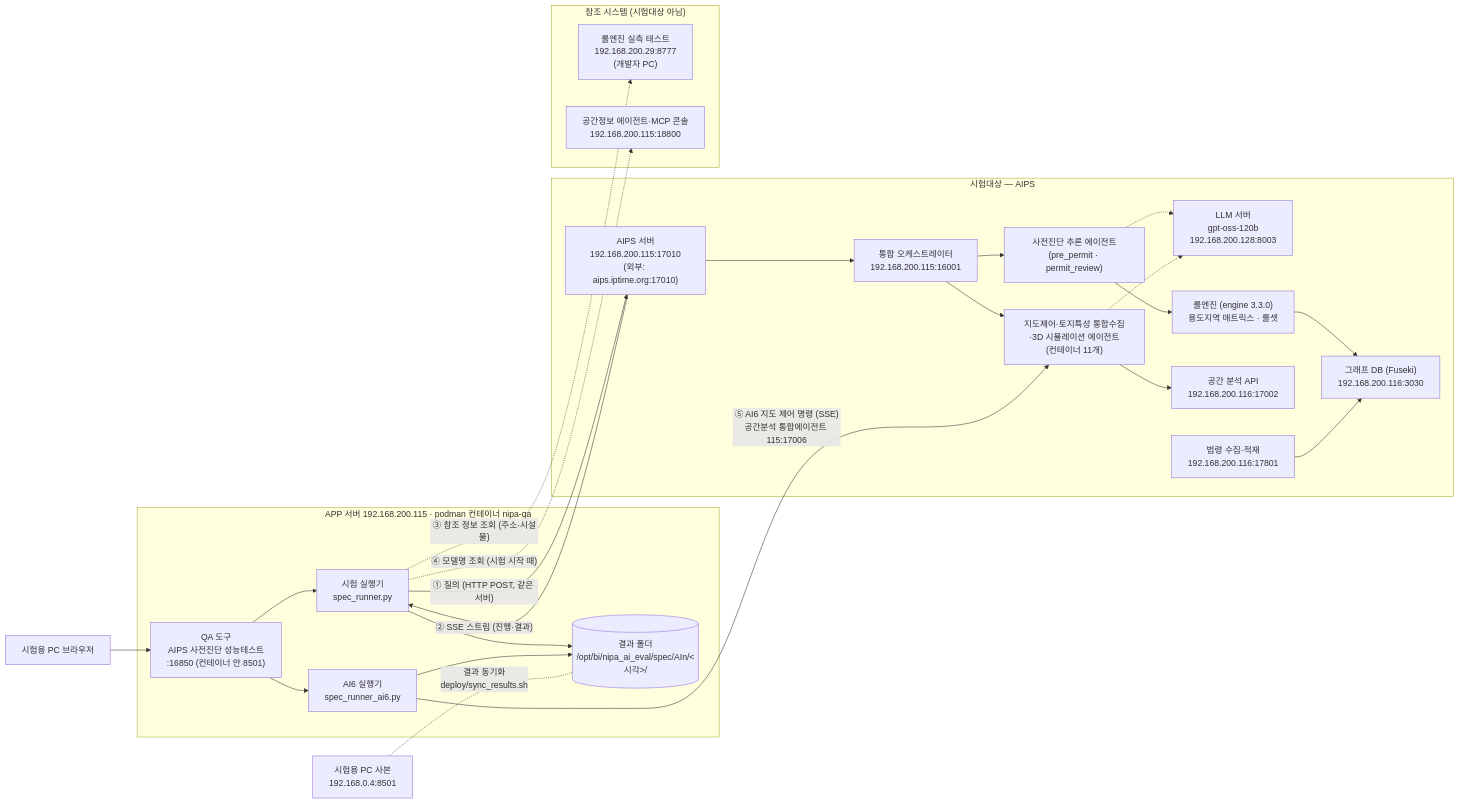
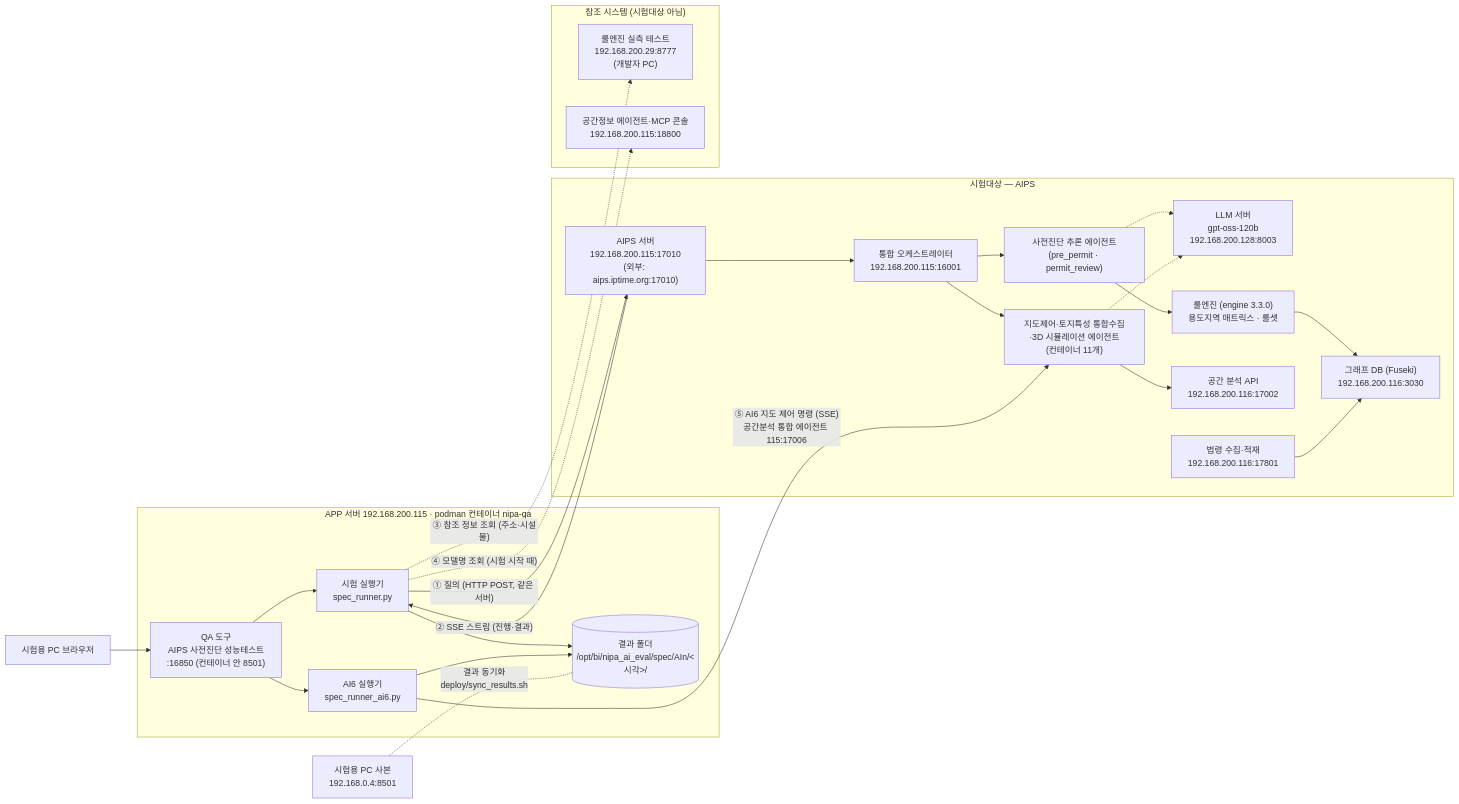
The first of 2 diagrams in 시스템_아키텍처.md (eunkyeoung/nipa_ai_eval), drawn with Mermaid before and after one commit. The commit also changed other lines of this file and 10 other files, not shown here.

Commit message:
명칭 기준을 수행계획서 2026-10-21 판 16쪽 구성표로: 공간분석 통합 에이전트(공통 기능 포함)·공간규제분석 모듈 등(130절)

````diff
--- a/시스템_아키텍처.md
+++ b/시스템_아키텍처.md
@@ -18,44 +18,44 @@
 ```mermaid
 flowchart LR
     BR["시험용 PC 브라우저"] --> APP
     subgraph QA["APP 서버 192.168.200.115 · podman 컨테이너 nipa-qa"]
         APP["QA 도구<br/>AIPS 사전진단 성능테스트<br/>:16850 (컨테이너 안 8501)"]
         APP --> RUN["시험 실행기<br/>spec_runner.py"]
         APP --> RUN6["AI6 실행기<br/>spec_runner_ai6.py"]
         RUN --> FS[("결과 폴더<br/>/opt/bi/nipa_ai_eval/spec/AIn/&lt;시각&gt;/")]
         RUN6 --> FS
     end
     PCQA["시험용 PC 사본<br/>192.168.0.4:8501"] -. "결과 동기화<br/>deploy/sync_results.sh" .- FS
 
     subgraph SUT["시험대상 — AIPS"]
         WEB["AIPS 서버<br/>192.168.200.115:17010<br/>(외부: aips.iptime.org:17010)"]
         ORC["통합 오케스트레이터<br/>192.168.200.115:16001"]
         PP["사전진단 추론 에이전트<br/>(pre_permit · permit_review)"]
         SPA["지도제어·토지특성 통합수집·3D 시뮬레이션 에이전트<br/>(컨테이너 11개)"]
         LLM["LLM 서버<br/>gpt-oss-120b<br/>192.168.200.128:8003"]
         ENG["룰엔진 (engine 3.3.0)<br/>용도지역 매트릭스 · 룰셋"]
         GEO["공간 분석 API<br/>192.168.200.116:17002"]
         LAW["법령 수집·적재<br/>192.168.200.116:17801"]
         FUS["그래프 DB (Fuseki)<br/>192.168.200.116:3030"]
         WEB --> ORC
         ORC --> PP
         ORC --> SPA
         PP --> ENG
         SPA --> GEO
         PP -.-> LLM
         SPA -.-> LLM
         ENG --> FUS
         LAW --> FUS
     end
 
     subgraph REF["참조 시스템 (시험대상 아님)"]
         R8777["룰엔진 실측 테스트<br/>192.168.200.29:8777<br/>(개발자 PC)"]
         CON["공간정보 에이전트·MCP 콘솔<br/>192.168.200.115:18800"]
     end
 
     RUN -- "① 질의 (HTTP POST, 같은 서버)" --> WEB
     WEB -- "② SSE 스트림 (진행·결과)" --> RUN
     RUN -. "③ 참조 정보 조회 (주소·시설물)" .-> R8777
     RUN -. "④ 모델명 조회 (시험 시작 때)" .-> CON
-    RUN6 -- "⑤ AI6 지도 제어 명령 (SSE)<br/>공간분석 통합에이전트 115:17006" --> SPA
+    RUN6 -- "⑤ AI6 지도 제어 명령 (SSE)<br/>공간분석 통합 에이전트 115:17006" --> SPA
 ```
````
